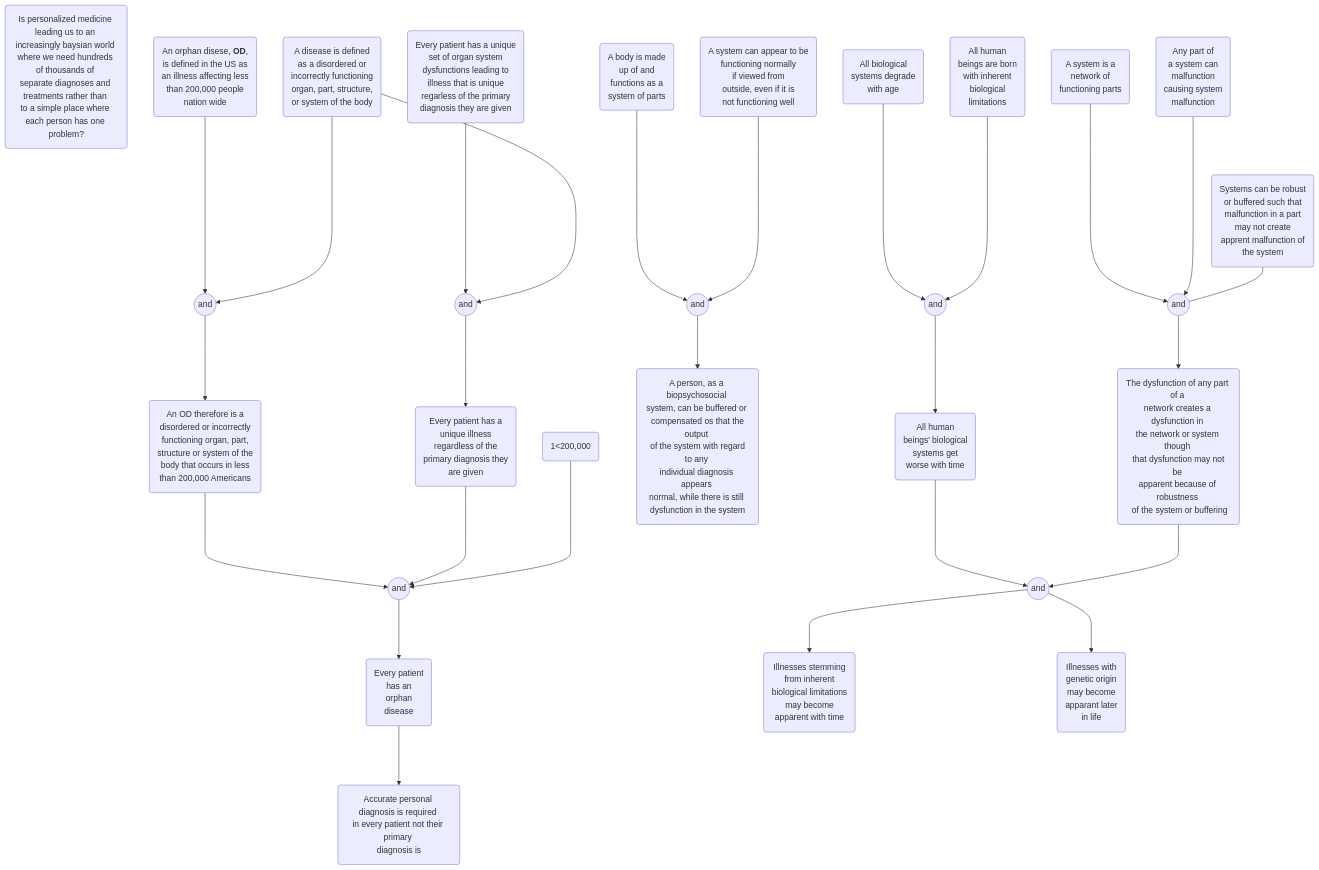
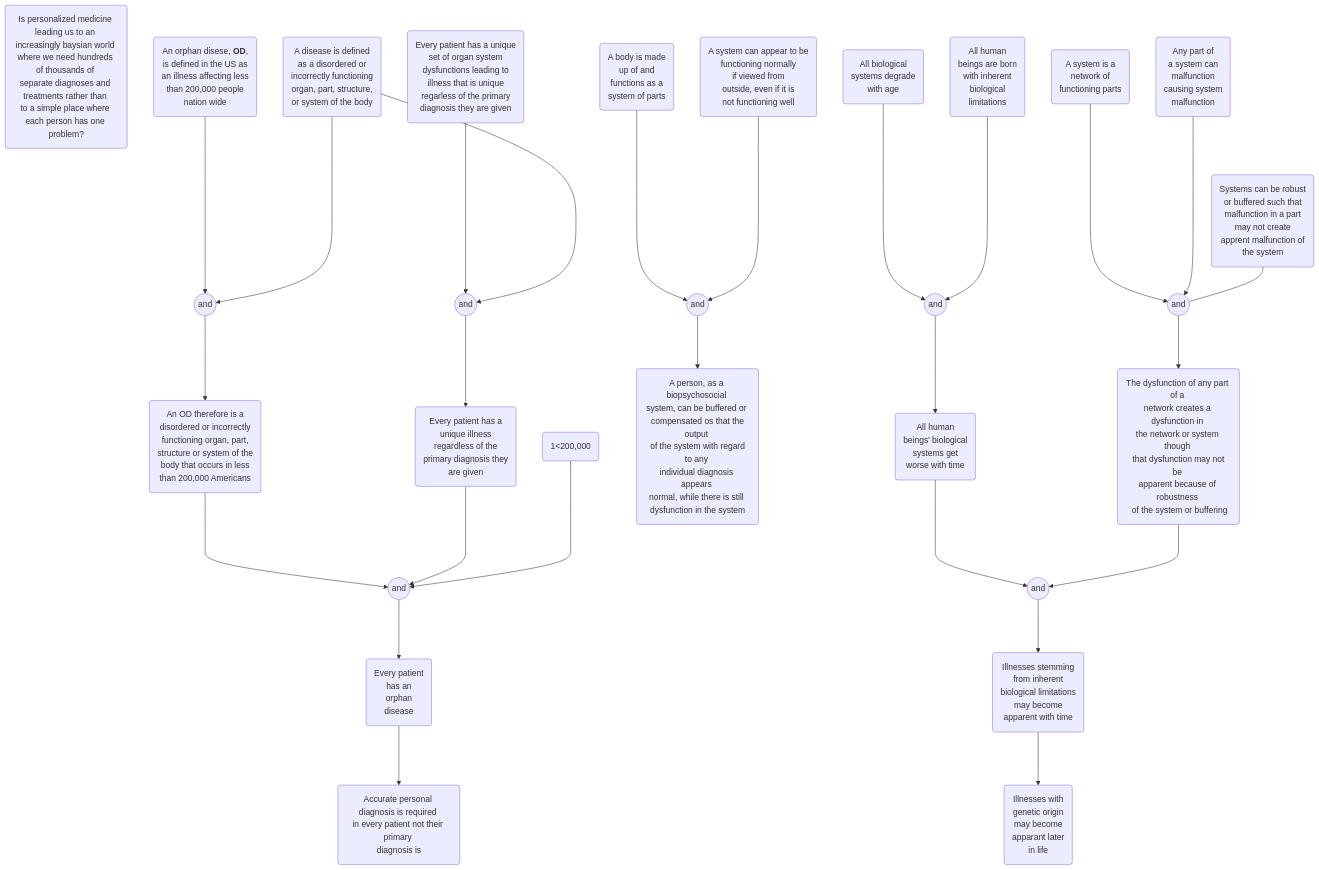
The diagram in Orphan_Diseases.md (hwetsman/TOC_Trees), drawn with Mermaid before and after one commit.

Commit message:
Refactor: fix tardive to genetic

````diff
--- a/Orphan_Diseases.md
+++ b/Orphan_Diseases.md
@@ -3,64 +3,64 @@
 ```mermaid
 flowchart TD
 proposition(Is personalized medicine <br>leading us to an <br>increasingly baysian world <br>where we need hundreds <br>of thousands of <br>separate diagnoses and <br>treatments rather than <br>to a simple place where <br>each person has one problem?)
 
 orphan(An orphan disese, <b>OD</b>, <br>is defined in the US as <br>an illness affecting less <br>than 200,000 people <br> nation wide)
 disease(A disease is defined <br>as a disordered or <br>incorrectly functioning <br>organ, part, structure, <br>or system of the body)
 and1((and))
     orphan--->and1
     disease--->and1
 every_pt(Every patient has a unique <br>set of organ system <br>dysfunctions leading to <br>illness that is unique <br>regarless of the primary <br>diagnosis they are given)
 and2((and))
     every_pt--->and2
     disease--->and2
 OD_def(An OD therefore is a <br>disordered or incorrectly <br> functioning organ, part, <br>structure or system of the <br>body that occurs in less <br>than 200,000 Americans)
     and1--->OD_def
 every_pt2(Every patient has a <br>unique illness <br>regardless of the <br> primary diagnosis they <br>are given)
     and2--->every_pt2
 logic(1<200,000)
 and3((and))
     OD_def--->and3
     every_pt2--->and3
     logic--->and3
 every_pt3(Every patient <br>has an <br>orphan <br>disease)
     and3--->every_pt3
 accurate(Accurate personal <br>diagnosis is required <br>in every patient not <brmatter how common <br>their primary <br>diagnosis is)
     every_pt3--->accurate
 
 body(A body is made <br>up of and <br>functions as a <br>system of parts)
 systems(A system can appear to be <br>functioning normally <br>if viewed from <br> outside, even if it is <br>not functioning well)
 and4((and))
     body--->and4
     systems--->and4
 persons(A person, as a biopsychosocial <br>system, can be buffered or <br> compensated os that the output <br> of the system with regard to any <br>individual diagnosis appears <br>normal, while there is still <br>dysfunction in the system)
     and4--->persons
 
 system(A system is a <br>network of <br>functioning parts)
 any_system(Any part of <br>a system can <br>malfunction <br> causing system <br>malfunction)
 buffered(Systems can be robust <br>or buffered such that <br>malfunction in a part <br>may not create <br>apprent malfunction of <br>the system)
 and5((and))
     system--->and5
     any_system--->and5
     buffered---and5
         dysfunction(The dysfunction of any part of a <br>network creates a dysfunction in <br>the network or system though <br> that dysfunction may not be <br>apparent because of robustness <br> of the system or buffering)
         and5--->dysfunction
 
 age(All biological <br>systems degrade <br>with age)
 limits(All human <br>beings are born <br>with inherent <br>biological <br>limitations)
 and6((and))
     age--->and6
     limits--->and6
 time(All human <br>beings' biological <br>systems get <br>worse with time)
     and6--->time
         and7((and))
         time--->and7
         dysfunction--->and7
             tardive(Illnesses stemming <br>from inherent <br>biological limitations <br>may become <br>apparent with time)
                 and7--->tardive
                 genetic(Illnesses with <br>genetic origin <br>may become <br>apparant later <br>in life)
-                    and7--->genetic
+                    tardive--->genetic
 
     
 
 
 ```
````
